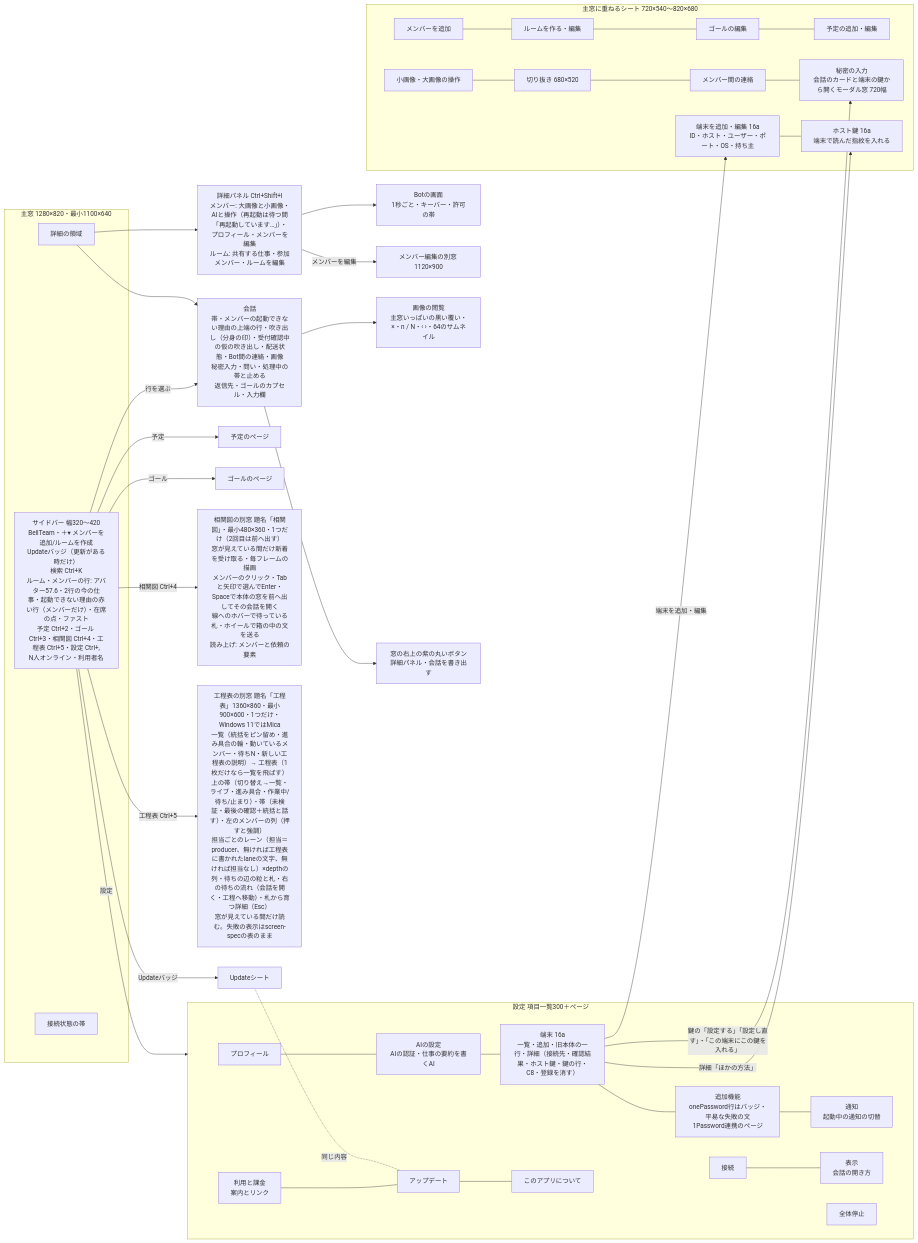
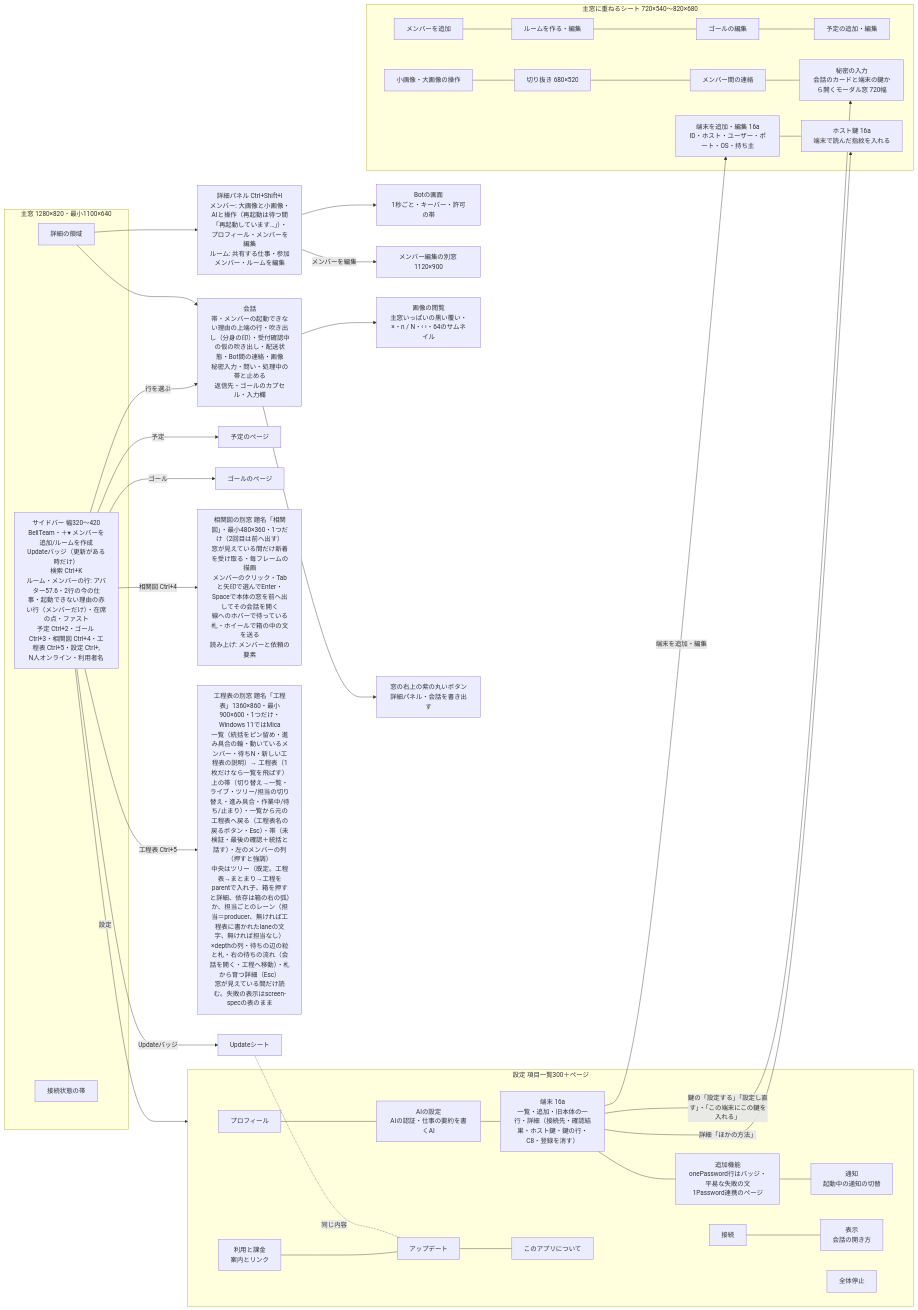
One commit to kitepon/BellTeam changed the second of 5 diagrams in docs/windows-architecture.md. Above: the diagram before and after it, drawn with Mermaid. The commit also changed other lines of this file and 6 other files, not shown here.

First line of the commit message:
Windows 工程表: process tree view, self-contained wait rows, back from 一覧 to the chart

````diff
--- a/docs/windows-architecture.md
+++ b/docs/windows-architecture.md
@@ -25,36 +25,36 @@
 ```mermaid
 flowchart LR
   subgraph Main[主窓 1280×820・最小1100×640]
     Sidebar[サイドバー 幅320〜420<br/>BellTeam・＋▾ メンバーを追加/ルームを作成<br/>Updateバッジ（更新がある時だけ）<br/>検索 Ctrl+K<br/>ルーム・メンバーの行: アバター57.6・2行の今の仕事・起動できない理由の赤い行（メンバーだけ）・在席の点・ファスト<br/>予定 Ctrl+2・ゴール Ctrl+3・相関図 Ctrl+4・工程表 Ctrl+5・設定 Ctrl+,<br/>N人オンライン・利用者名]
     Detail[詳細の領域]
     Status[接続状態の帯]
   end
   Sidebar -->|行を選ぶ| Conversation
   Sidebar -->|予定| Schedules[予定のページ]
   Sidebar -->|ゴール| Goals[ゴールのページ]
   Sidebar -->|設定| Settings
   Sidebar -->|相関図 Ctrl+4| WorkGraphWindow[相関図の別窓 題名「相関図」・最小480×360・1つだけ（2回目は前へ出す）<br/>窓が見えている間だけ新着を受け取る・毎フレームの描画<br/>メンバーのクリック・Tabと矢印で選んでEnter・Spaceで本体の窓を前へ出してその会話を開く<br/>線へのホバーで待っている札・ホイールで箱の中の文を送る<br/>読み上げ: メンバーと依頼の要素]
-  Sidebar -->|工程表 Ctrl+5| LatticeWindow[工程表の別窓 題名「工程表」1360×860・最小900×600・1つだけ・Windows 11ではMica<br/>一覧（統括をピン留め・進み具合の輪・動いているメンバー・待ちN・新しい工程表の説明）→ 工程表（1枚だけなら一覧を飛ばす）<br/>上の帯（切り替え→一覧・ライブ・進み具合・作業中/待ち/止まり）・帯（未検証・最後の確認＋統括と話す）・左のメンバーの列（押すと強調）<br/>担当ごとのレーン（担当＝producer、無ければ工程表に書かれたlaneの文字、無ければ担当なし）×depthの列・待ちの辺の粒と札・右の待ちの流れ（会話を開く・工程へ移動）・札から育つ詳細（Esc）<br/>窓が見えている間だけ読む。失敗の表示はscreen-specの表のまま]
+  Sidebar -->|工程表 Ctrl+5| LatticeWindow[工程表の別窓 題名「工程表」1360×860・最小900×600・1つだけ・Windows 11ではMica<br/>一覧（統括をピン留め・進み具合の輪・動いているメンバー・待ちN・新しい工程表の説明）→ 工程表（1枚だけなら一覧を飛ばす）<br/>上の帯（切り替え→一覧・ライブ・ツリー/担当の切り替え・進み具合・作業中/待ち/止まり）・一覧から元の工程表へ戻る（工程表名の戻るボタン・Esc）・帯（未検証・最後の確認＋統括と話す）・左のメンバーの列（押すと強調）<br/>中央はツリー（既定。工程表→まとまり→工程をparentで入れ子、箱を押すと詳細、依存は箱の右の弧）か、担当ごとのレーン（担当＝producer、無ければ工程表に書かれたlaneの文字、無ければ担当なし）×depthの列・待ちの辺の粒と札・右の待ちの流れ（会話を開く・工程へ移動）・札から育つ詳細（Esc）<br/>窓が見えている間だけ読む。失敗の表示はscreen-specの表のまま]
   Sidebar -->|Updateバッジ| UpdateSheet[Updateシート]
   Detail --> Conversation[会話<br/>帯・メンバーの起動できない理由の上端の行・吹き出し（分身の印）・受付確認中の仮の吹き出し・配送状態・Bot間の連絡・画像<br/>秘密入力・問い・処理中の帯と止める<br/>返信先・ゴールのカプセル・入力欄]
   Detail --> Inspector[詳細パネル Ctrl+Shift+I<br/>メンバー: 大画像と小画像・AIと操作（再起動は待つ間「再起動しています…」）・プロフィール・メンバーを編集<br/>ルーム: 共有する仕事・参加メンバー・ルームを編集]
   Inspector --> Screen[Botの画面<br/>1秒ごと・キーバー・許可の帯]
   subgraph Settings[設定 項目一覧300＋ページ]
     S1[プロフィール] --- S2[AIの設定<br/>AIの認証・仕事の要約を書くAI] --- ST[端末 16a<br/>一覧・追加・旧本体の一行・詳細（接続先・確認結果・ホスト鍵・鍵の行・C8・登録を消す）] --- S3[追加機能<br/>onePassword行はバッジ・平易な失敗の文<br/>1Password連携のページ] --- S4[通知<br/>起動中の通知の切替]
     S5[接続] --- S6[表示<br/>会話の開き方]
     S7[利用と課金<br/>案内とリンク] --- S8[アップデート] --- S9[このアプリについて]
     S10[全体停止]
   end
   subgraph Sheets[主窓に重ねるシート 720×540〜820×680]
     MemberSheet[メンバーを追加] --- RoomSheet[ルームを作る・編集] --- GoalSheet[ゴールの編集] --- ScheduleSheet[予定の追加・編集]
     ImageSheet[小画像・大画像の操作] --- Crop[切り抜き 680×520] --- PeerSheet[メンバー間の連絡] --- SecretSheet[秘密の入力<br/>会話のカードと端末の鍵から開くモーダル窓 720幅]
     TerminalSheet[端末を追加・編集 16a<br/>ID・ホスト・ユーザー・ポート・OS・持ち主] --- HostKeySheet[ホスト鍵 16a<br/>端末で読んだ指紋を入れる]
   end
   ST -->|端末を追加・編集| TerminalSheet
   ST -->|詳細「ほかの方法」| HostKeySheet
   ST -->|鍵の「設定する」「設定し直す」・「この端末にこの鍵を入れる」| SecretSheet
   Inspector -->|メンバーを編集| MemberWindow[メンバー編集の別窓 1120×900]
   Conversation --> Gallery[画像の閲覧<br/>主窓いっぱいの黒い覆い・×・n / N・‹ ›・64のサムネイル]
   Conversation --> Corner[窓の右上の紫の丸いボタン<br/>詳細パネル・会話を書き出す]
   UpdateSheet -.同じ内容.- S8
 ```
````
